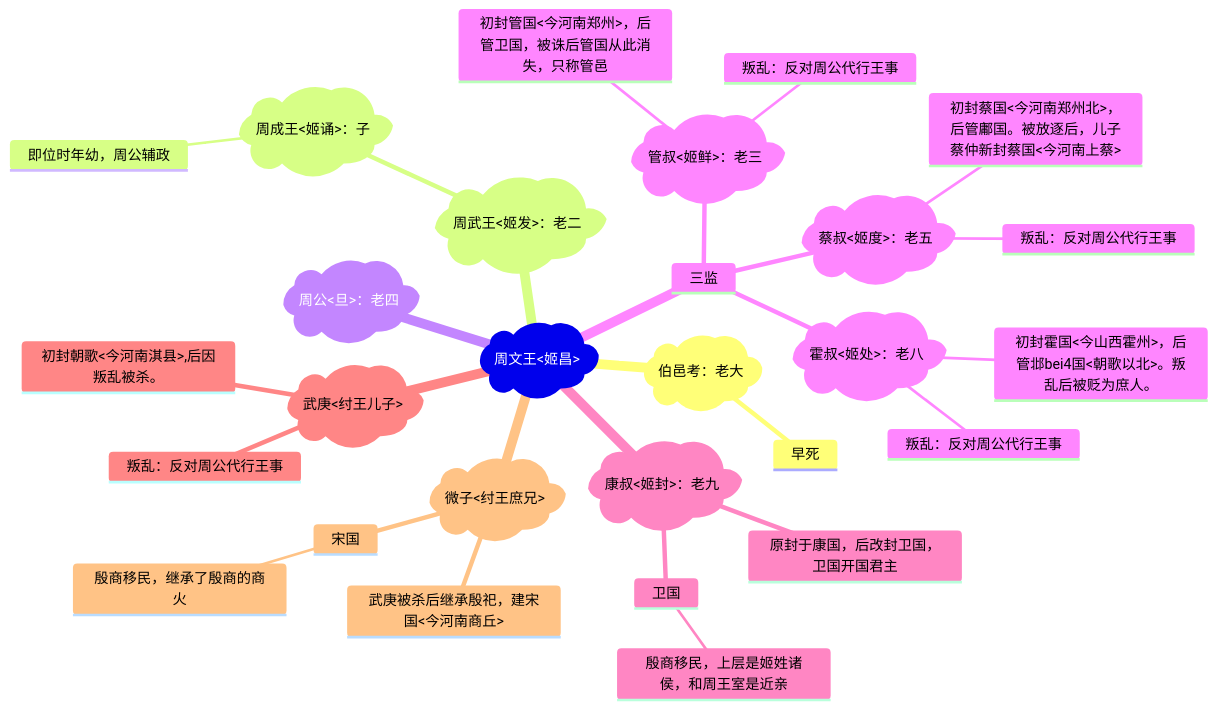
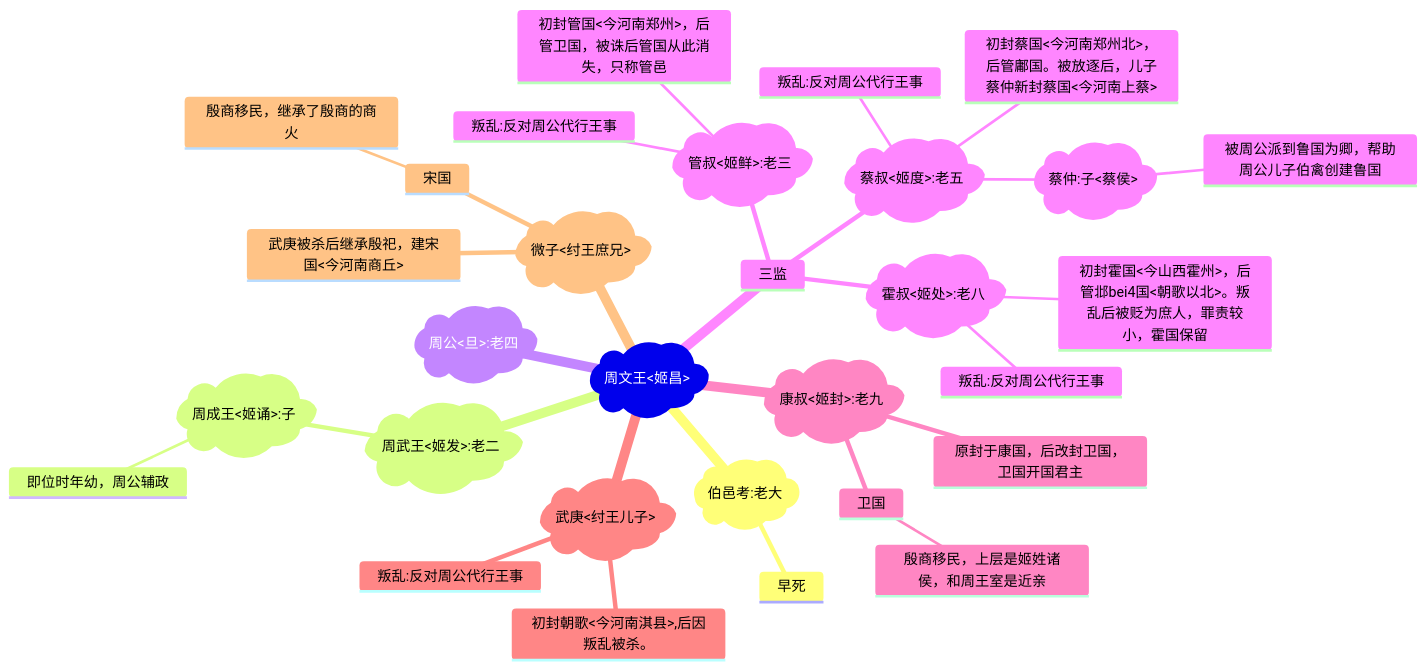
The third of 3 diagrams in 透过地理看历史（春秋篇）03.md (tsuyu2016/read), drawn with Mermaid before and after one commit. The commit also changed other lines of this file and 1 other file, not shown here.

````diff
--- a/透过地理看历史（春秋篇）03.md
+++ b/透过地理看历史（春秋篇）03.md
@@ -69,31 +98,33 @@
 ```mermaid
 mindmap
 root)周文王<姬昌>(
-  )伯邑考：老大(
+  )伯邑考:老大(
     早死
-  )周武王<姬发>：老二(
-    )周成王<姬诵>：子(
+  )周武王<姬发>:老二(
+    )周成王<姬诵>:子(
       即位时年幼，周公辅政
-  )周公<旦>：老四(
+  )周公<旦>:老四(
   三监
-    )管叔<姬鲜>：老三(
-      叛乱：反对周公代行王事
+    )管叔<姬鲜>:老三(
+      叛乱:反对周公代行王事
       初封管国<今河南郑州>，后管卫国，被诛后管国从此消失，只称管邑
-    )蔡叔<姬度>：老五(
-      叛乱：反对周公代行王事
+    )蔡叔<姬度>:老五(
+      叛乱:反对周公代行王事
       初封蔡国<今河南郑州北>，后管鄘国。被放逐后，儿子蔡仲新封蔡国<今河南上蔡>
-    )霍叔<姬处>：老八(
-      叛乱：反对周公代行王事
-      初封霍国<今山西霍州>，后管邶bei4国<朝歌以北>。叛乱后被贬为庶人。
-  )康叔<姬封>：老九(
+      )蔡仲:子<蔡侯>(
+        被周公派到鲁国为卿，帮助周公儿子伯禽创建鲁国
+    )霍叔<姬处>:老八(
+      叛乱:反对周公代行王事
+      初封霍国<今山西霍州>，后管邶bei4国<朝歌以北>。叛乱后被贬为庶人，罪责较小，霍国保留
+  )康叔<姬封>:老九(
     原封于康国，后改封卫国，卫国开国君主
     卫国
       殷商移民，上层是姬姓诸侯，和周王室是近亲
   )武庚<纣王儿子>(
     初封朝歌<今河南淇县>,后因叛乱被杀。
-    叛乱：反对周公代行王事
+    叛乱:反对周公代行王事
   )微子<纣王庶兄>(
     武庚被杀后继承殷祀，建宋国<今河南商丘>
     宋国
       殷商移民，继承了殷商的商火
 ```
````
